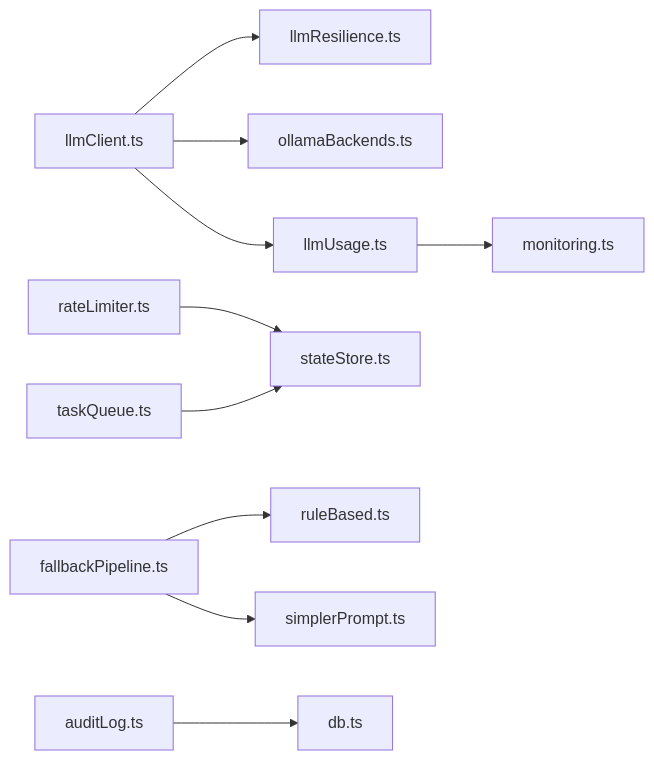
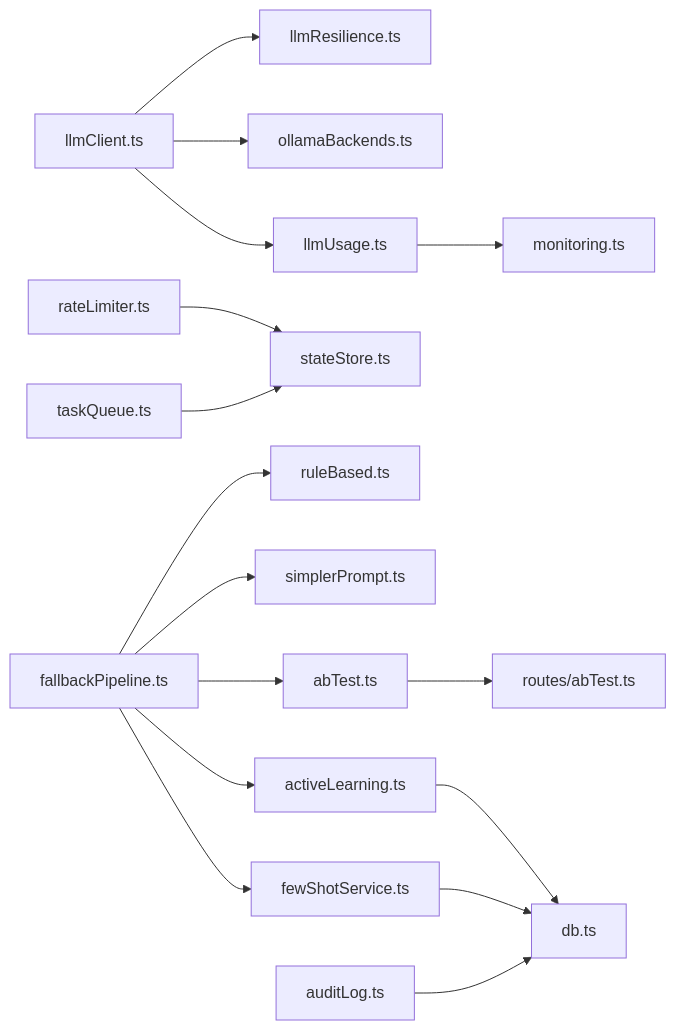
Before and after one commit to dgjin/smart-data-analytics: diagram 16 of 16 in .qoder/repowiki/zh/content/AI与LLM集成/容错与故障转移.md, drawn with Mermaid. The commit also changed other lines of this file and 66 other files, not shown here.

````diff
--- a/.qoder/repowiki/zh/content/AI与LLM集成/容错与故障转移.md
+++ b/.qoder/repowiki/zh/content/AI与LLM集成/容错与故障转移.md
@@ -473,12 +662,18 @@
 ```mermaid
 graph LR
 LC["llmClient.ts"] --> LR["llmResilience.ts"]
 LC --> OB["ollamaBackends.ts"]
 LC --> MU["llmUsage.ts"]
 MU --> MO["monitoring.ts"]
 RL["rateLimiter.ts"] --> SS["stateStore.ts"]
 TQ["taskQueue.ts"] --> SS
 FP["fallbackPipeline.ts"] --> RB["ruleBased.ts"]
 FP --> SP["simplerPrompt.ts"]
-AL["auditLog.ts"] --> DB["db.ts"]
+FP --> ABT["abTest.ts"]
+FP --> AL["activeLearning.ts"]
+FP --> FS["fewShotService.ts"]
+ABT --> RABT["routes/abTest.ts"]
+AL --> DB["db.ts"]
+FS --> DB
+ALB["auditLog.ts"] --> DB
 ```
````
